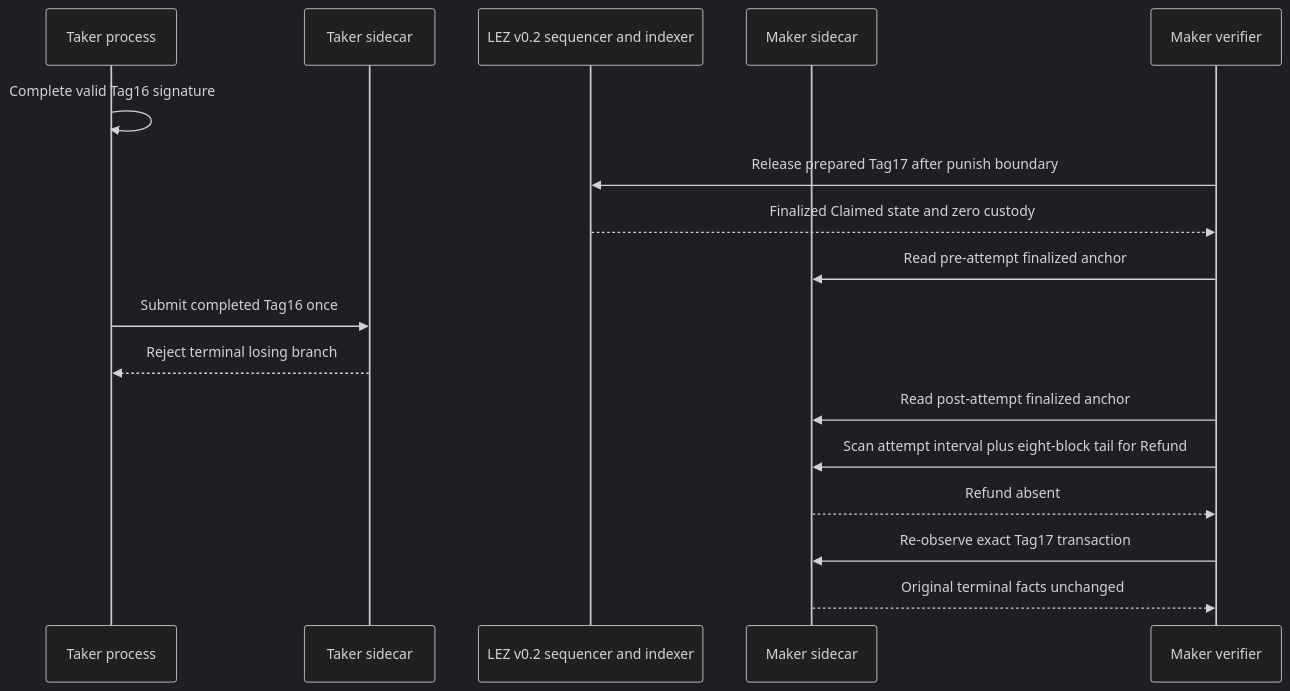
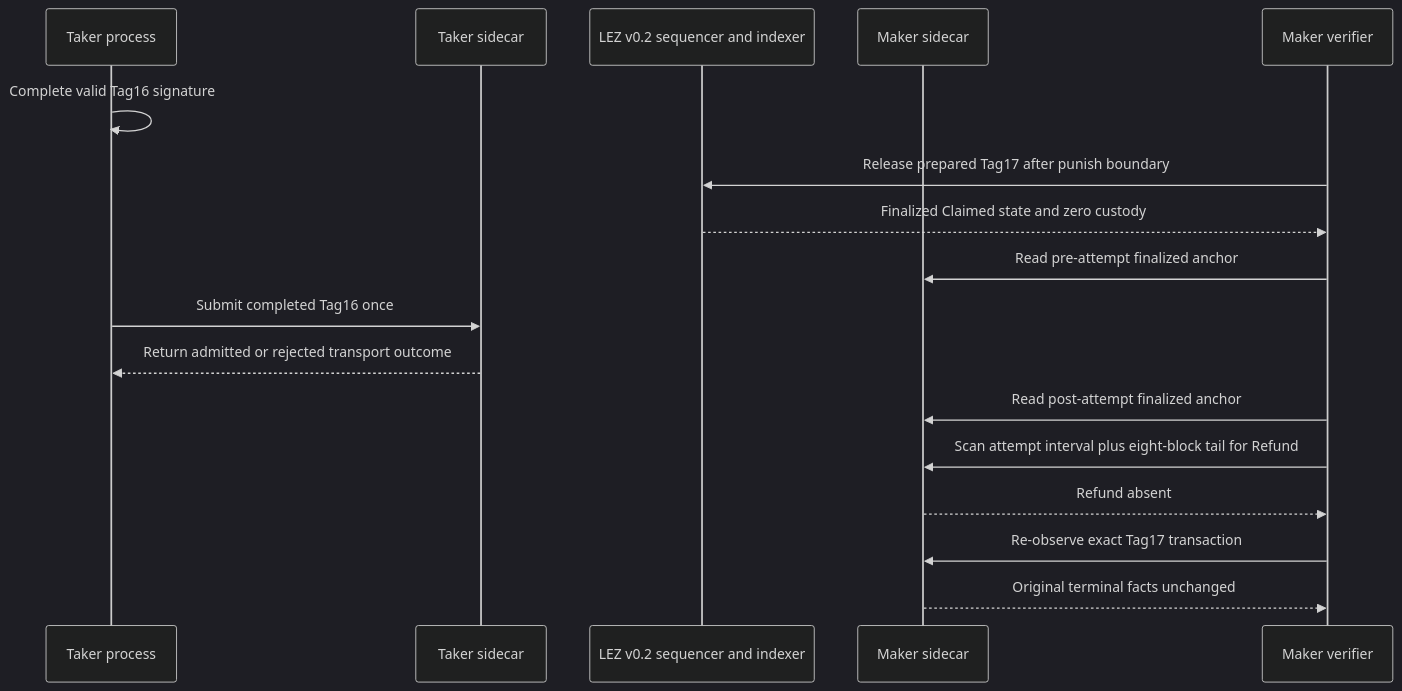
One commit to gateway-fm/lez-atomic-swaps changed the second of 2 diagrams in docs/architecture/0175-reject-losing-tag16-after-finalized-tag17.md. Above: the diagram before and after it, drawn with Mermaid (dark theme). The commit also changed other lines of this file and 7 other files, not shown here.

````diff
--- a/docs/architecture/0175-reject-losing-tag16-after-finalized-tag17.md
+++ b/docs/architecture/0175-reject-losing-tag16-after-finalized-tag17.md
@@ -56,20 +58,20 @@
 ```mermaid
 sequenceDiagram
     participant T as Taker process
     participant TS as Taker sidecar
     participant L as LEZ v0.2 sequencer and indexer
     participant MS as Maker sidecar
     participant M as Maker verifier
 
     T->>T: Complete valid Tag16 signature
     M->>L: Release prepared Tag17 after punish boundary
     L-->>M: Finalized Claimed state and zero custody
     M->>MS: Read pre-attempt finalized anchor
     T->>TS: Submit completed Tag16 once
-    TS-->>T: Reject terminal losing branch
+    TS-->>T: Return admitted or rejected transport outcome
     M->>MS: Read post-attempt finalized anchor
     M->>MS: Scan attempt interval plus eight-block tail for Refund
     MS-->>M: Refund absent
     M->>MS: Re-observe exact Tag17 transaction
     MS-->>M: Original terminal facts unchanged
 ```
````
